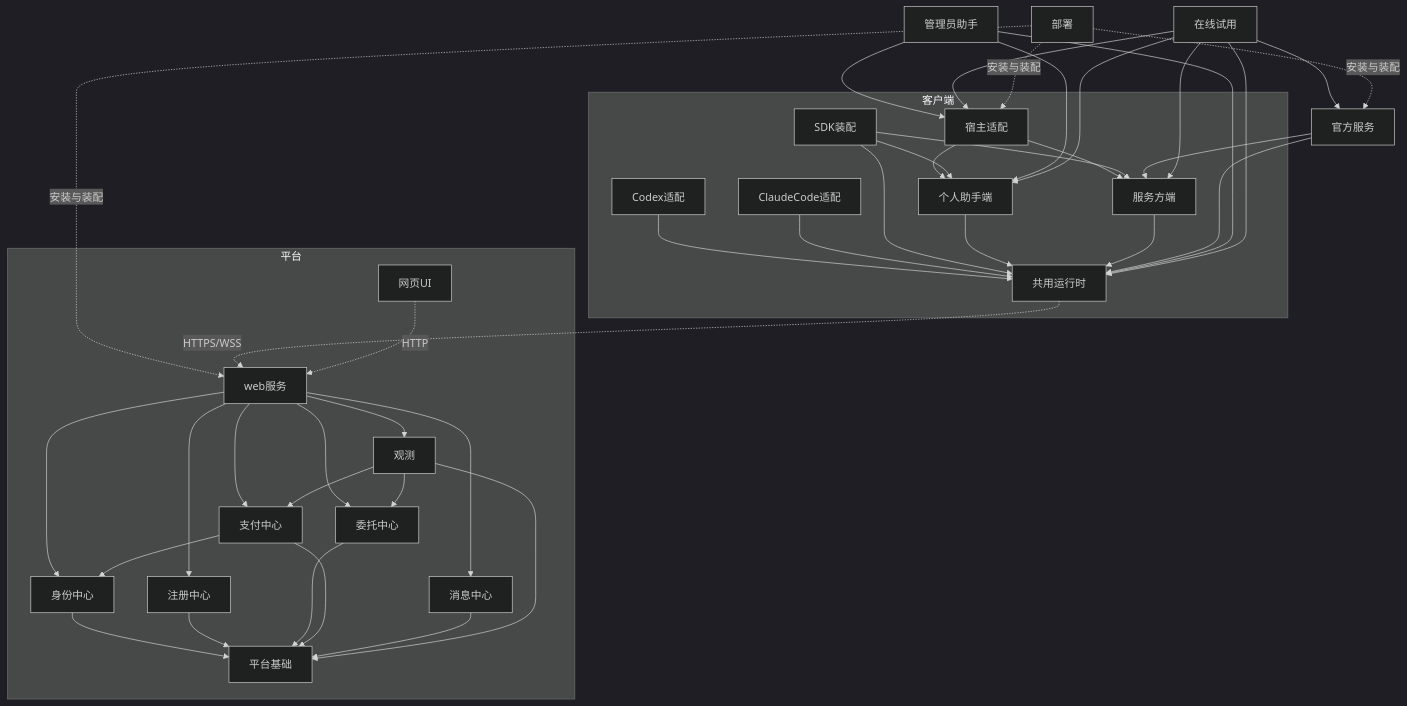
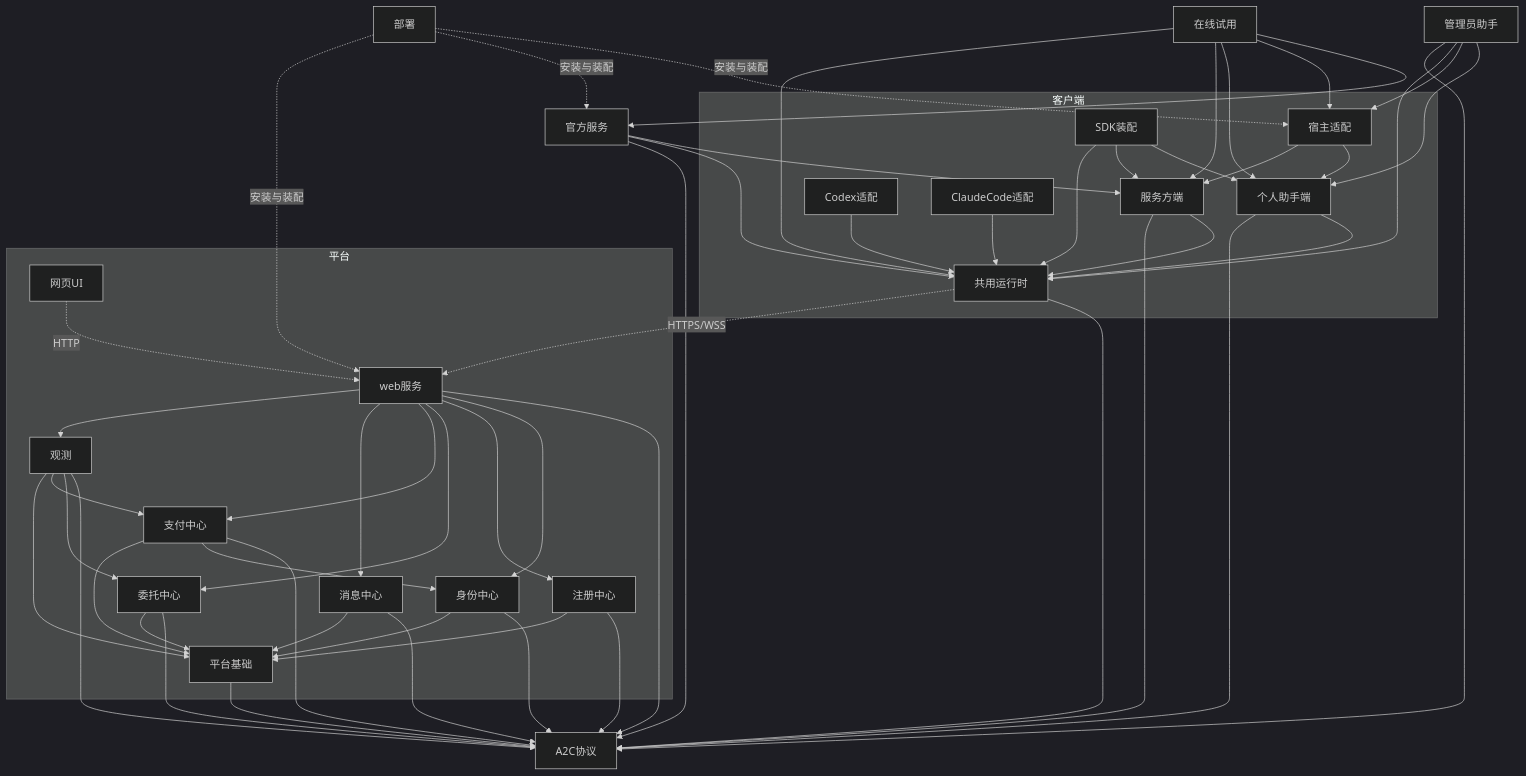
One commit to Weizheng96/Jiuwen-IoA-Lab changed the diagram in 设计/架构.md. Above: the diagram before and after it, drawn with Mermaid (dark theme). The commit also changed other lines of this file and 130 other files, not shown here.

````diff
--- a/设计/架构.md
+++ b/设计/架构.md
@@ -51,23 +52,24 @@
 ```mermaid
 flowchart TB
     subgraph C[客户端]
         H[宿主适配] --> A[个人助手端] & P[服务方端]
         CX[Codex适配] --> R
         CL[ClaudeCode适配] --> R
         SA[SDK装配] --> A & P & R
         A --> R[共用运行时]
         P --> R
     end
     O[官方服务] --> P & R
     M[管理员助手] --> A & H & R
     T[在线试用] --> O & H & A & P & R
     Dep[部署] -. 安装与装配 .-> H & O & W
+    A & P & R & O & M & I & G & D & Pay & Msg & V & B & W --> Proto[A2C协议]
     R -. HTTPS/WSS .-> W
     subgraph S[平台]
         UI[网页UI] -. HTTP .-> W[web服务]
         W --> I[身份中心] & G[注册中心] & D[委托中心] & Pay[支付中心] & Msg[消息中心] & V[观测]
         V --> D & Pay
         Pay --> I
         I & G & D & Pay & Msg & V --> B[平台基础]
     end
 ```
````
